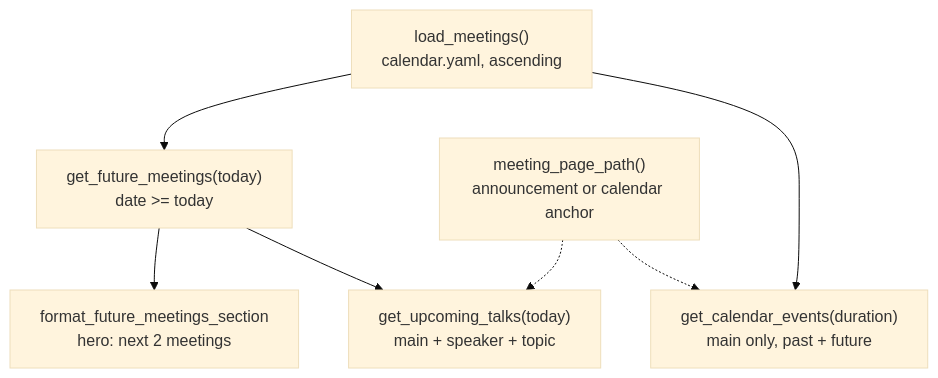
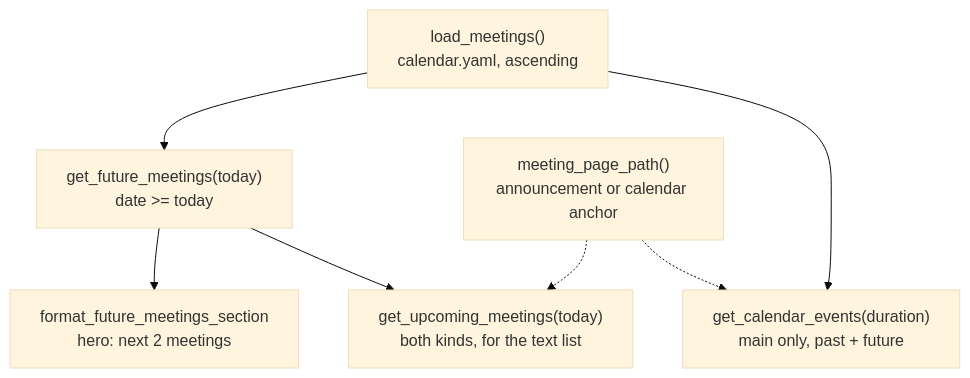
One commit to Boston-Robot-Hackers/brh-website-2 changed the second of 2 diagrams in process/01-literate/04-content_manager.md. Above: the diagram before and after it, drawn with Mermaid (base theme). The commit also changed other lines of this file and 20 other files, not shown here.

First line of the commit message:
F20: upcoming-talks.txt lists every upcoming meeting; calendar cleanups

````diff
--- a/process/01-literate/04-content_manager.md
+++ b/process/01-literate/04-content_manager.md
@@ -109,9 +100,9 @@
 ```mermaid
 flowchart TD
     L["load_meetings()<br/>calendar.yaml, ascending"] --> F["get_future_meetings(today)<br/>date >= today"]
     L --> E["get_calendar_events(duration)<br/>main only, past + future"]
     F --> H["format_future_meetings_section<br/>hero: next 2 meetings"]
-    F --> T["get_upcoming_talks(today)<br/>main + speaker + topic"]
+    F --> T["get_upcoming_meetings(today)<br/>both kinds, for the text list"]
     P["meeting_page_path()<br/>announcement or calendar anchor"] -.-> T
     P -.-> E
 ```
````
